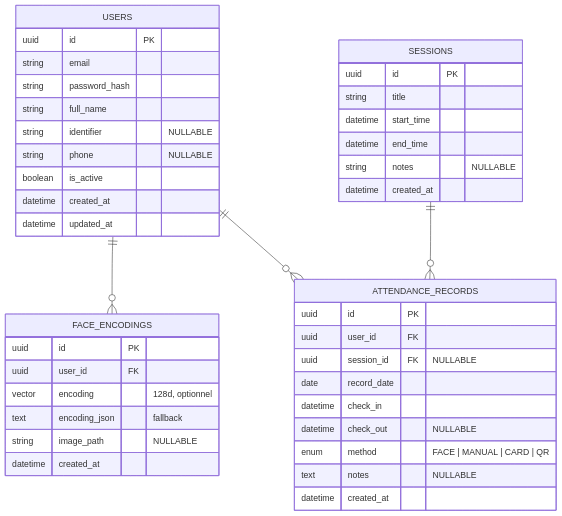
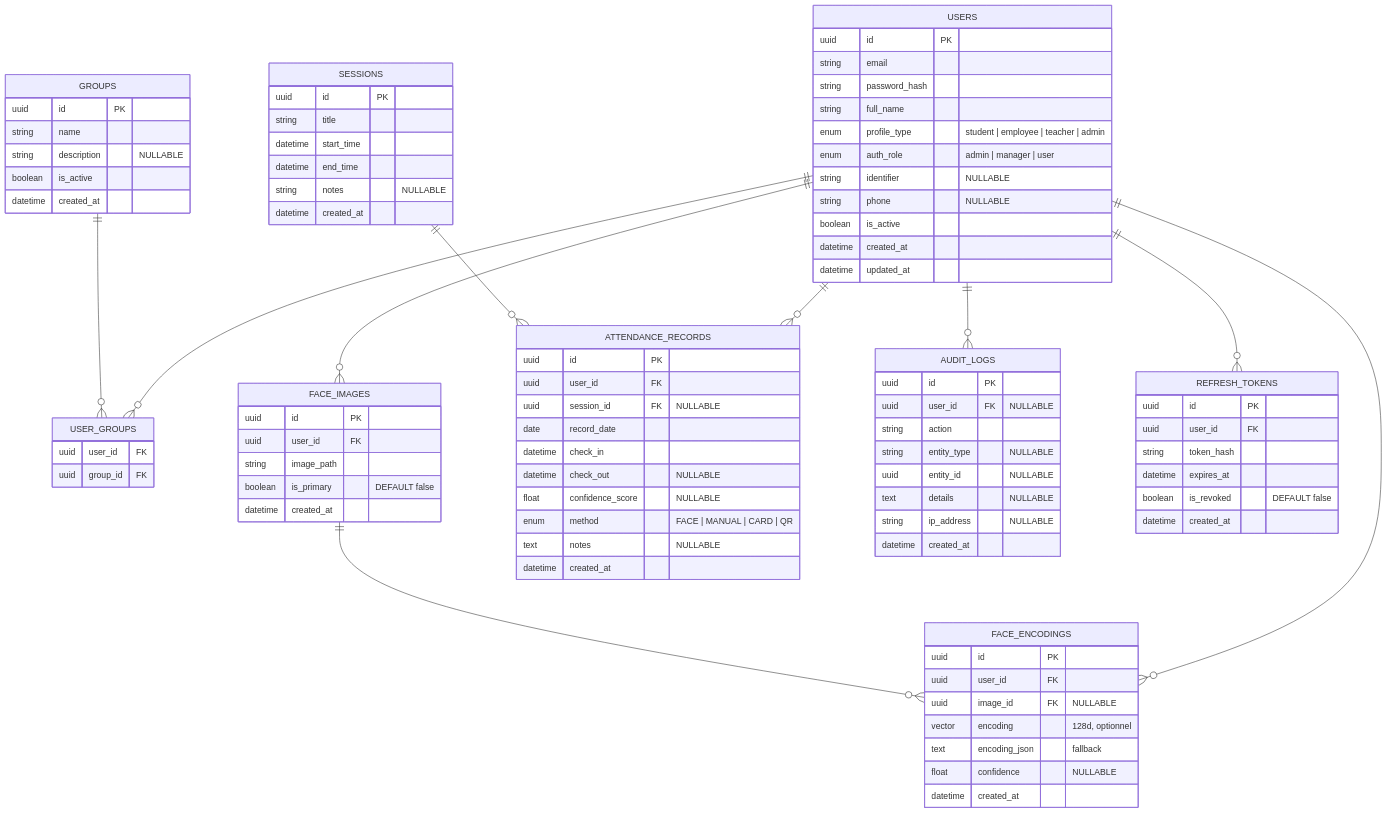
Before and after one commit to Abdurrahmane06/face-attendance-system: the diagram in data_base/schema.md, drawn with Mermaid. The commit also changed other lines of this file, not shown here.

````diff
--- a/data_base/schema.md
+++ b/data_base/schema.md
@@ -13,11 +13,26 @@
         string email
         string password_hash
         string full_name
+        enum profile_type "student | employee | teacher | admin"
+        enum auth_role "admin | manager | user"
         string identifier "NULLABLE"
         string phone "NULLABLE"
         boolean is_active
         datetime created_at
         datetime updated_at
+    }
+
+    GROUPS {
+        uuid id PK
+        string name
+        string description "NULLABLE"
+        boolean is_active
+        datetime created_at
+    }
+
+    USER_GROUPS {
+        uuid user_id FK
+        uuid group_id FK
     }
 
     SESSIONS {
@@ -29,12 +44,21 @@
         datetime created_at
     }
 
+    FACE_IMAGES {
+        uuid id PK
+        uuid user_id FK
+        string image_path
+        boolean is_primary "DEFAULT false"
+        datetime created_at
+    }
+
     FACE_ENCODINGS {
         uuid id PK
         uuid user_id FK
+        uuid image_id FK "NULLABLE"
         vector encoding "128d, optionnel"
         text encoding_json "fallback"
-        string image_path "NULLABLE"
+        float confidence "NULLABLE"
         datetime created_at
     }
 
@@ -45,12 +69,39 @@
         date record_date
         datetime check_in
         datetime check_out "NULLABLE"
+        float confidence_score "NULLABLE"
         enum method "FACE | MANUAL | CARD | QR"
         text notes "NULLABLE"
         datetime created_at
     }
 
+    AUDIT_LOGS {
+        uuid id PK
+        uuid user_id FK "NULLABLE"
+        string action
+        string entity_type "NULLABLE"
+        uuid entity_id "NULLABLE"
+        text details "NULLABLE"
+        string ip_address "NULLABLE"
+        datetime created_at
+    }
+
+    REFRESH_TOKENS {
+        uuid id PK
+        uuid user_id FK
+        string token_hash
+        datetime expires_at
+        boolean is_revoked "DEFAULT false"
+        datetime created_at
+    }
+
+    USERS ||--o{ FACE_IMAGES : ""
     USERS ||--o{ FACE_ENCODINGS : ""
     USERS ||--o{ ATTENDANCE_RECORDS : ""
+    USERS ||--o{ AUDIT_LOGS : ""
+    USERS ||--o{ REFRESH_TOKENS : ""
+    USERS ||--o{ USER_GROUPS : ""
+    GROUPS ||--o{ USER_GROUPS : ""
     SESSIONS ||--o{ ATTENDANCE_RECORDS : ""
+    FACE_IMAGES ||--o{ FACE_ENCODINGS : ""
 ```
````
